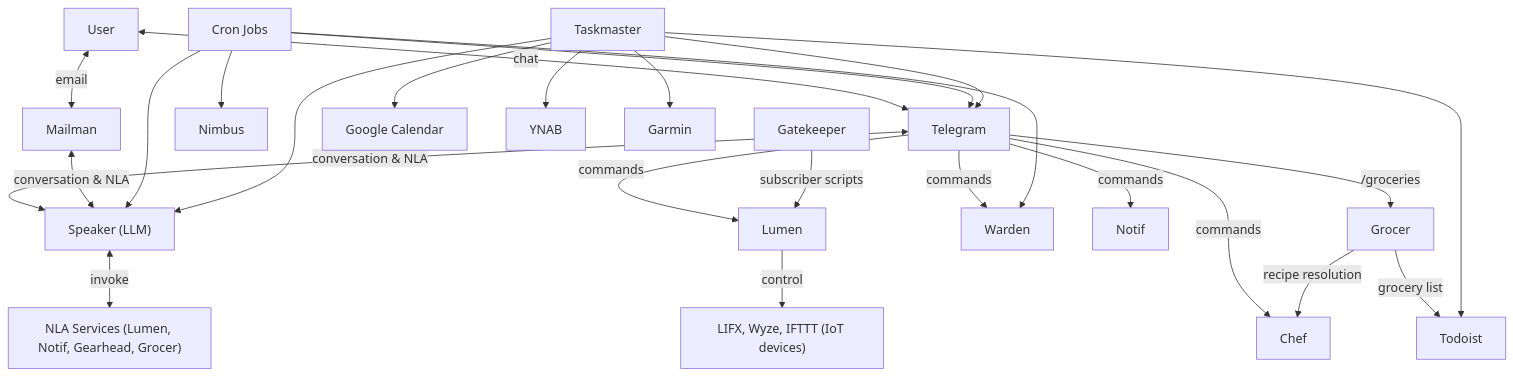
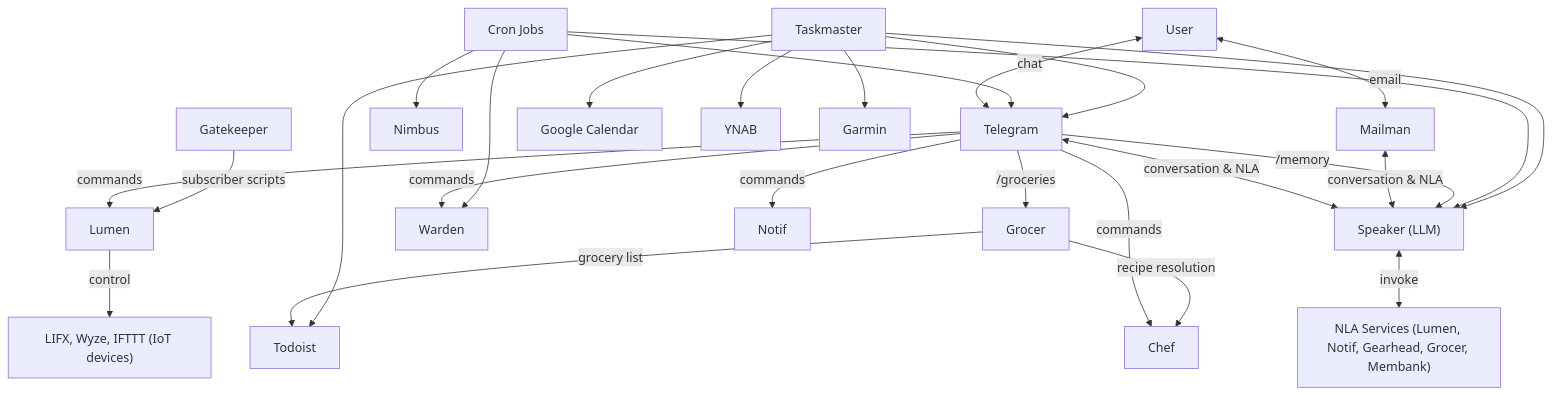
The diagram in docs/services/README.md (cwshugg/dimrod), drawn with Mermaid before and after one commit. The commit also changed other lines of this file and 10 other files, not shown here.

````diff
--- a/docs/services/README.md
+++ b/docs/services/README.md
@@ -30,27 +31,28 @@
 ```mermaid
 graph TD
     User <-->|chat| Telegram
     User <-->|email| Mailman
     Telegram <-->|conversation & NLA| Speaker["Speaker (LLM)"]
     Mailman <-->|conversation & NLA| Speaker
-    Speaker <-->|invoke| NLA["NLA Services (Lumen, Notif, Gearhead, Grocer)"]
+    Speaker <-->|invoke| NLA["NLA Services (Lumen, Notif, Gearhead, Grocer, Membank)"]
     Telegram -->|commands| Lumen
     Telegram -->|commands| Warden
     Telegram -->|commands| Notif
     Telegram -->|commands| Chef
     Telegram -->|/groceries| Grocer
+    Telegram -->|/memory| Speaker
     Grocer -->|recipe resolution| Chef
     Grocer -->|grocery list| Todoist
     Lumen -->|control| IoT["LIFX, Wyze, IFTTT (IoT devices)"]
     Cron["Cron Jobs"] --> Nimbus
     Cron --> Warden
     Cron --> Telegram
     Cron --> Speaker
     Gatekeeper -->|subscriber scripts| Lumen
     Taskmaster --> Todoist
     Taskmaster --> GoogleCal["Google Calendar"]
     Taskmaster --> YNAB
     Taskmaster --> Garmin
     Taskmaster --> Speaker
     Taskmaster --> Telegram
 ```
````
